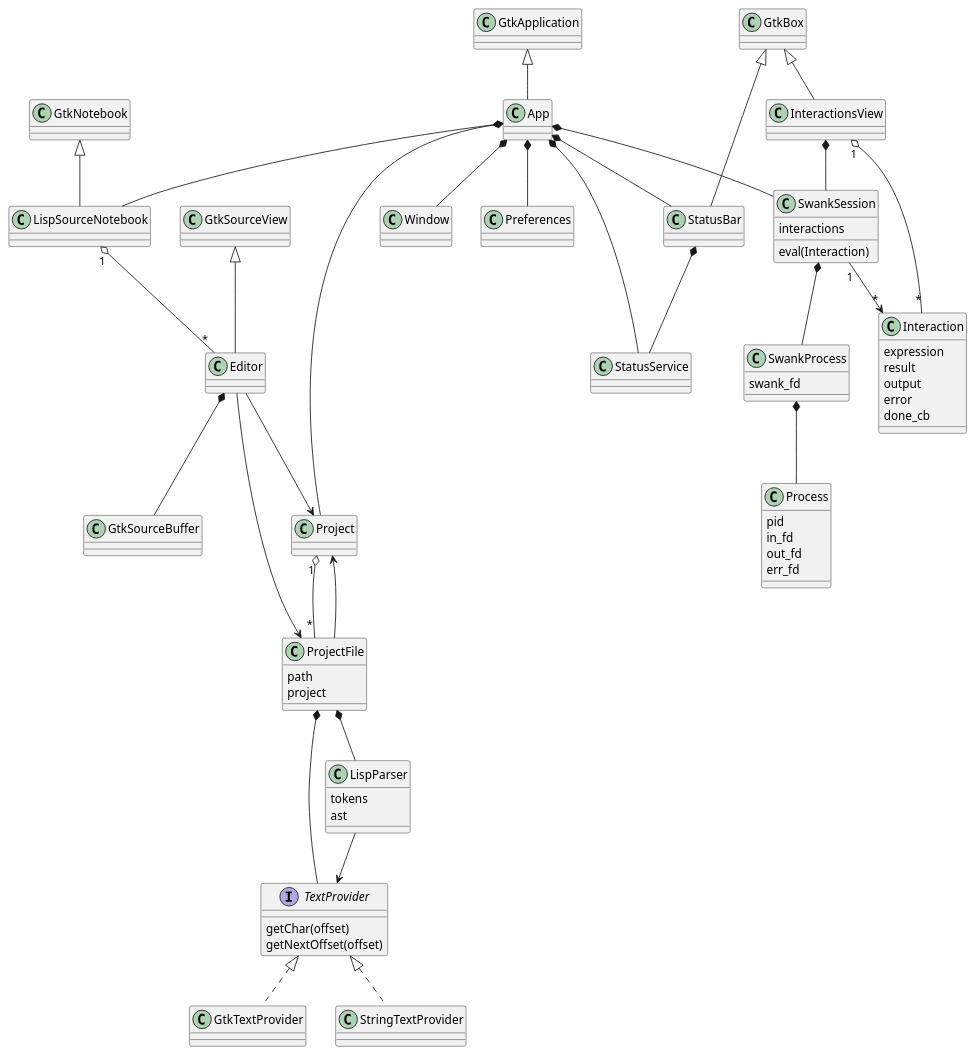
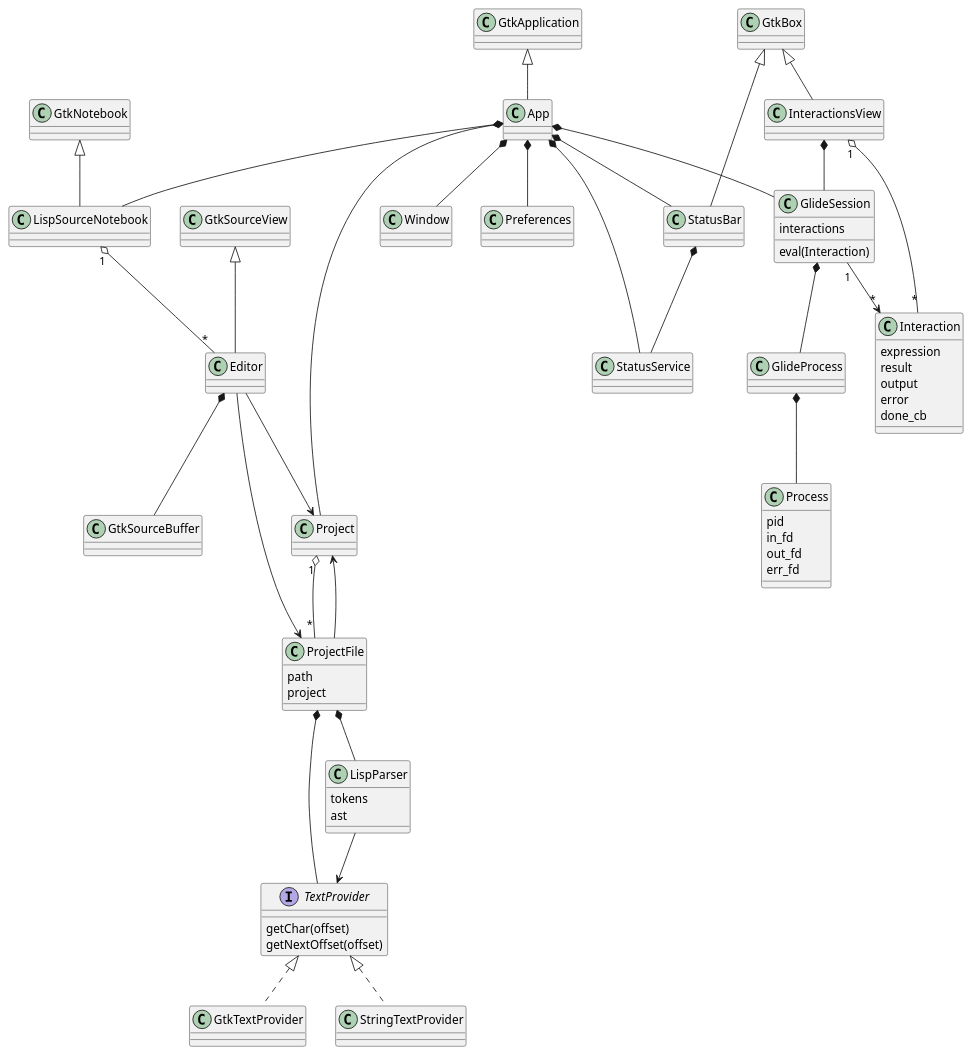
Before and after one commit to JeromeA/glide: the diagram in doc/classes.plantuml, drawn with PlantUML. The commit also changed 30 other files, not shown here.

Commit message:
Replace Swank with Glide evaluation

```diff
--- a/doc/classes.plantuml
+++ b/doc/classes.plantuml
@@ -1,58 +1,57 @@
 @startuml
 
 GtkApplication <|-- App
 App *-- Project
-App *-- SwankSession
+App *-- GlideSession
 App *-- Window
 App *-- LispSourceNotebook
 App *-- Preferences
 App *-- StatusBar
 App *-- StatusService
 StatusBar *-- StatusService
 
 GtkSourceView <|-- Editor
 Editor *-- GtkSourceBuffer
 Editor --> Project
 Editor --> ProjectFile
 GtkNotebook <|-- LispSourceNotebook
 LispSourceNotebook "1" o-- "*" Editor
 
 Project "1" o-- "*" ProjectFile
 
 ProjectFile *-- LispParser
 ProjectFile *-- TextProvider
 ProjectFile : path
 ProjectFile : project
 ProjectFile --> Project
 
 GtkBox <|-- InteractionsView
 GtkBox <|-- StatusBar
 InteractionsView "1" o-- "*" Interaction
-InteractionsView *-- SwankSession
+InteractionsView *-- GlideSession
 Interaction : expression
 Interaction : result
 Interaction : output
 Interaction : error
 Interaction : done_cb
-SwankSession : eval(Interaction)
-SwankSession : interactions
-SwankSession "1" --> "*" Interaction
-SwankSession *-- SwankProcess
-SwankProcess *-- Process
-SwankProcess : swank_fd
+GlideSession : eval(Interaction)
+GlideSession : interactions
+GlideSession "1" --> "*" Interaction
+GlideSession *-- GlideProcess
+GlideProcess *-- Process
 
 Process : pid
 Process : in_fd
 Process : out_fd
 Process : err_fd
 
 LispParser : tokens
 LispParser : ast
 LispParser --> TextProvider
 interface TextProvider
 TextProvider <|.. GtkTextProvider
 TextProvider <|.. StringTextProvider
 TextProvider : getChar(offset)
 TextProvider : getNextOffset(offset)
 
 @enduml
```
